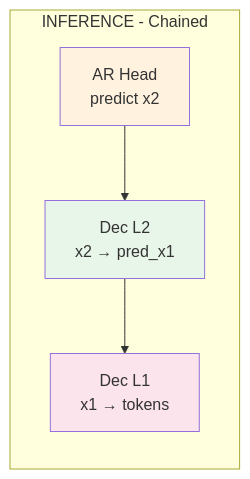
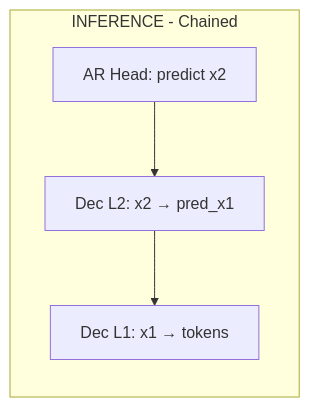
Before and after one commit to gvessere/Photon: the second of 2 diagrams in Readme.md, drawn with Mermaid. The commit also changed other lines of this file and 3 other files, not shown here.

First line of the commit message:
Enhance training configuration and model architecture for improved performance

````diff
--- a/Readme.md
+++ b/Readme.md
@@ -55,10 +62,10 @@
 ```mermaid
-flowchart LR
+flowchart TB
     subgraph Inference["INFERENCE - Chained"]
-        AR["AR Head<br>predict x2"] --> DecL2["Dec L2<br>x2 → pred_x1"] --> DecL1["Dec L1<br>x1 → tokens"]
+        direction TB
+        ar["AR Head: predict x2"]
+        dec_l2["Dec L2: x2 → pred_x1"]
+        dec_l1["Dec L1: x1 → tokens"]
+        ar --> dec_l2 --> dec_l1
     end
-    
-    style AR fill:#fff3e0
-    style DecL2 fill:#e8f5e9
-    style DecL1 fill:#fce4ec
 ```
````
